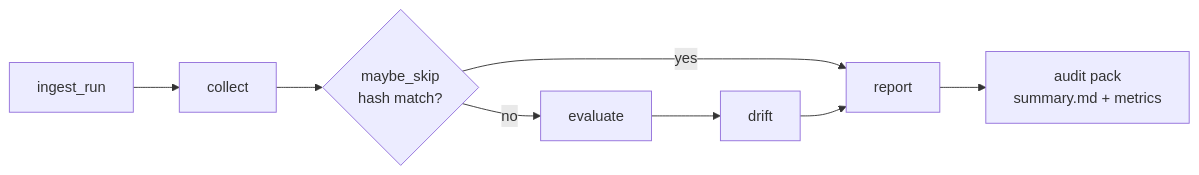
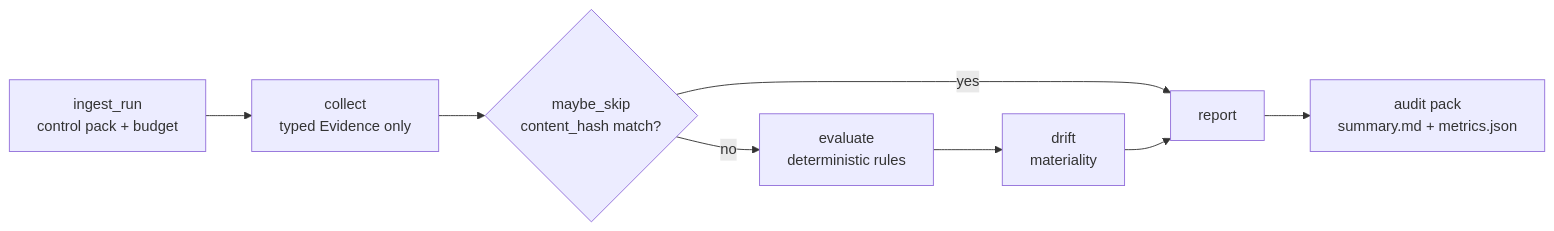
Before and after one commit to Logonotobscurity/ArchAudit-CCM: the diagram in README.md, drawn with Mermaid. The commit also changed other lines of this file, not shown here.

Commit message:
Align README with evidence-native architecture and visual best practices

````diff
--- a/README.md
+++ b/README.md
@@ -21,10 +22,10 @@
 ```mermaid
 flowchart LR
-  A[ingest_run] --> B[collect]
-  B --> C{maybe_skip<br/>hash match?}
-  C -->|no| D[evaluate]
+  A[ingest_run<br/>control pack + budget] --> B[collect<br/>typed Evidence only]
+  B --> C{maybe_skip<br/>content_hash match?}
+  C -->|no| D[evaluate<br/>deterministic rules]
   C -->|yes| E[report]
-  D --> F[drift]
+  D --> F[drift<br/>materiality]
   F --> E
-  E --> G[audit pack<br/>summary.md + metrics]
+  E --> G[audit pack<br/>summary.md + metrics.json]
 ```
````
